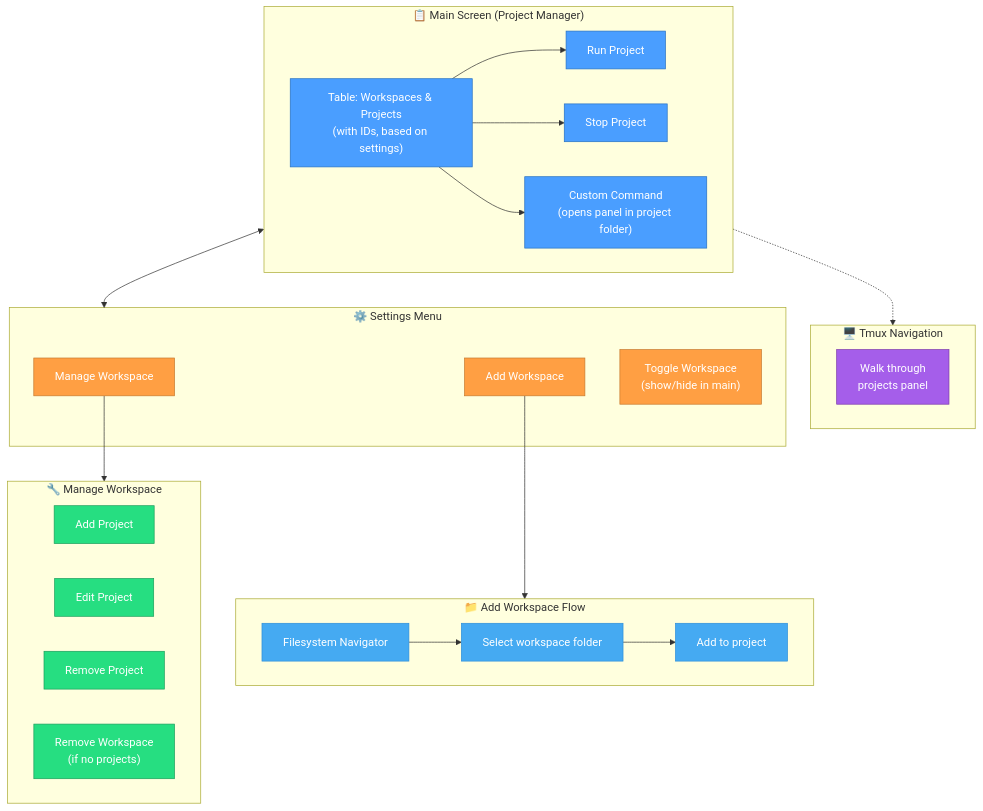
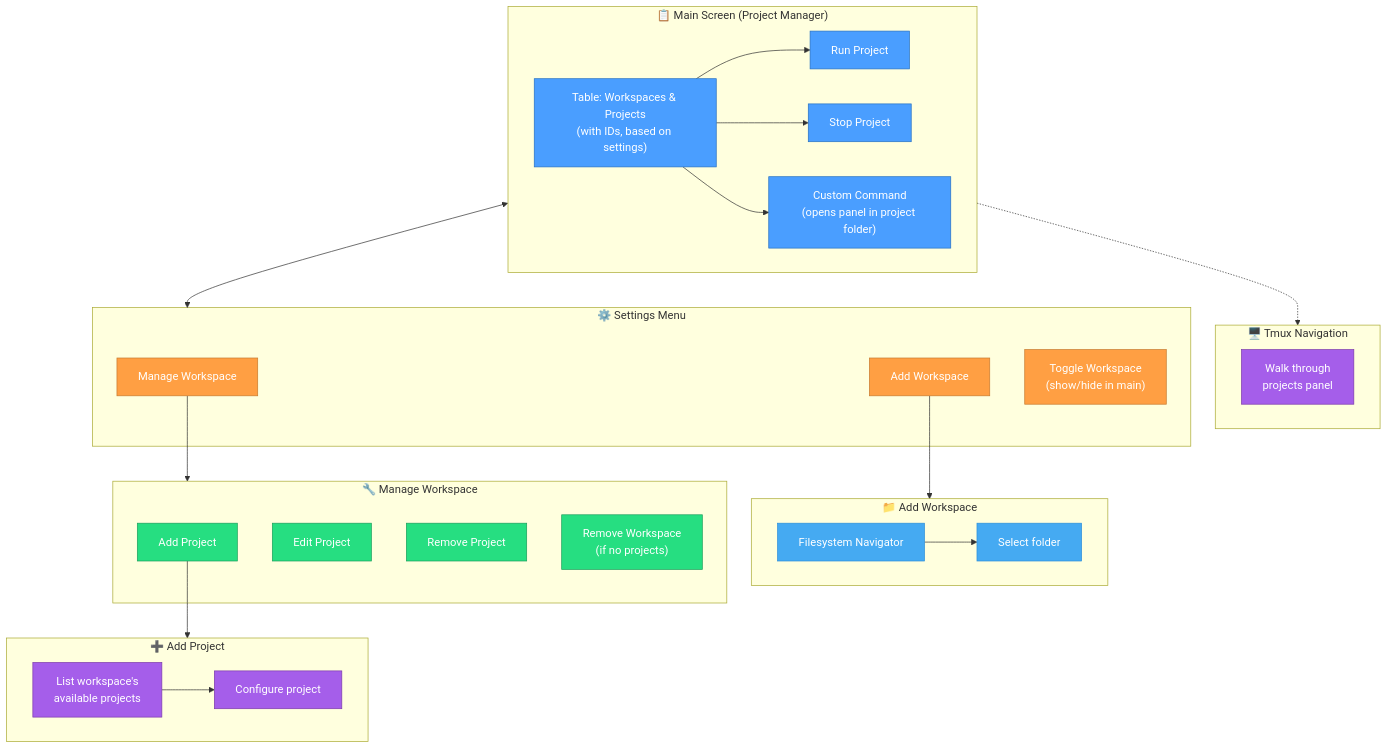
One commit to nickojs/omni-cli changed the diagram in README.md. Above: the diagram before and after it, drawn with Mermaid.

Commit message:
update mermaid 🧜‍♀️

````diff
--- a/README.md
+++ b/README.md
@@ -73,54 +73,62 @@
 ```mermaid
 flowchart TB
     subgraph MAIN["📋 Main Screen (Project Manager)"]
         TABLE["Table: Workspaces & Projects<br/>(with IDs, based on settings)"]
         RUN["Run Project"]
         STOP["Stop Project"]
         CUSTOM["Custom Command<br/>(opens panel in project folder)"]
         TABLE --> RUN
         TABLE --> STOP
         TABLE --> CUSTOM
     end
 
     subgraph TMUX["🖥️ Tmux Navigation"]
         WALK["Walk through<br/>projects panel"]
     end
 
     subgraph SETTINGS["⚙️ Settings Menu"]
         MW["Manage Workspace"]
         AW["Add Workspace"]
         TW["Toggle Workspace<br/>(show/hide in main)"]
     end
 
-    subgraph ADD_WS_FLOW["📁 Add Workspace Flow"]
+    subgraph ADD_WS_FLOW["📁 Add Workspace"]
         NAV["Filesystem Navigator"]
-        SELECT["Select workspace folder"]
-        ADD_TO_PROJ["Add to project"]
-        NAV --> SELECT --> ADD_TO_PROJ
+        SELECT["Select folder"]
+        NAV --> SELECT
     end
 
     subgraph MANAGE_WS["🔧 Manage Workspace"]
         ADD_PROJ["Add Project"]
         EDIT_PROJ["Edit Project"]
         REMOVE_PROJ["Remove Project"]
         REMOVE_WS["Remove Workspace<br/>(if no projects)"]
     end
 
+    subgraph ADD_PROJ_FLOW["➕ Add Project"]
+        LIST_PROJS["List workspace's<br/>available projects"]
+        CONFIG_PROJ["Configure project"]
+        LIST_PROJS --> CONFIG_PROJ
+    end
+
     MAIN <--> SETTINGS
     MAIN -.-> TMUX
     MW --> MANAGE_WS
     AW --> ADD_WS_FLOW
+    ADD_PROJ --> ADD_PROJ_FLOW
 
     %% Styling
     classDef mainScreen fill:#4a9eff,stroke:#2670c2,color:#fff
     classDef settings fill:#ff9f43,stroke:#c77a2e,color:#fff
     classDef manage fill:#26de81,stroke:#1b9e5c,color:#fff
     classDef tmux fill:#a55eea,stroke:#7c3aab,color:#fff
-    classDef addFlow fill:#45aaf2,stroke:#2d8ed9,color:#fff
+    classDef addWsFlow fill:#45aaf2,stroke:#2d8ed9,color:#fff
+    classDef addProjFlow fill:#a55eea,stroke:#7c3aab,color:#fff
     
     class TABLE,RUN,STOP,CUSTOM mainScreen
     class MW,AW,TW settings
     class ADD_PROJ,EDIT_PROJ,REMOVE_PROJ,REMOVE_WS manage
     class WALK tmux
-    class NAV,SELECT,ADD_TO_PROJ addFlow
+    class NAV,SELECT addWsFlow
+    class LIST_PROJS,CONFIG_PROJ addProjFlow
 ```
````
